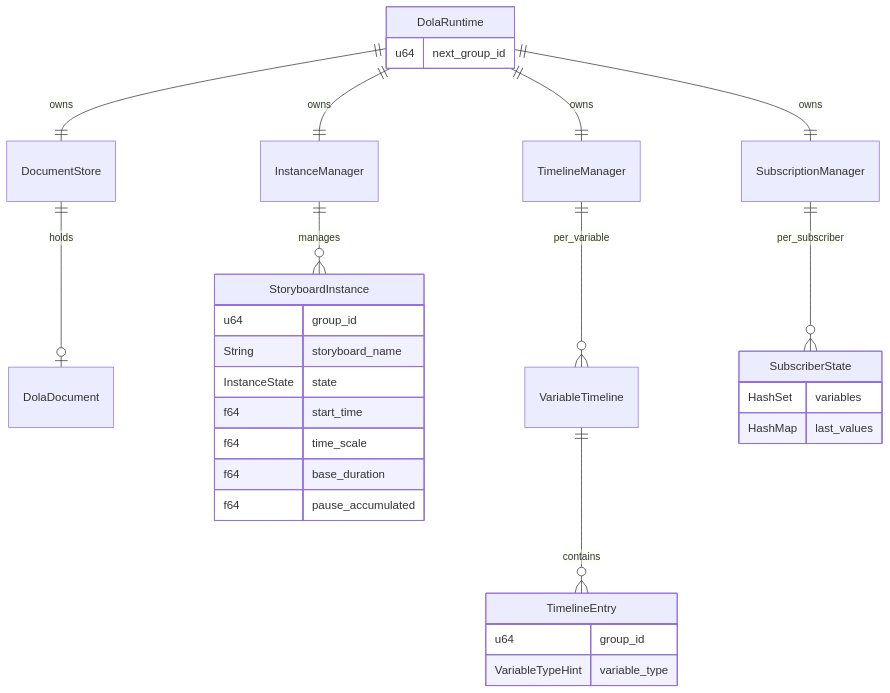
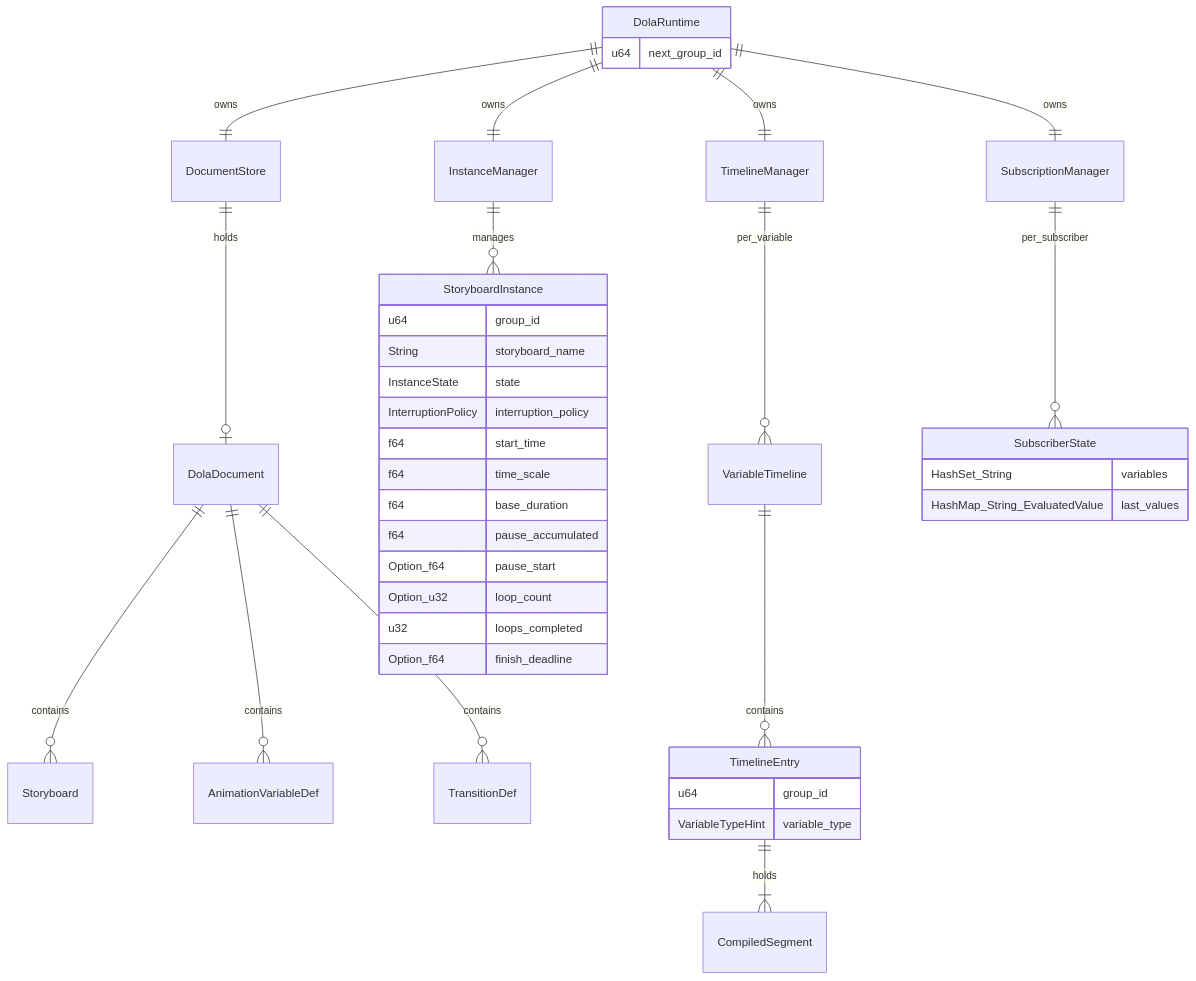
Before and after one commit to ekicyou/areka: the fifth of 5 diagrams in .kiro/specs/dola-runtime-3-facade/design.md, drawn with Mermaid. The commit also changed other lines of this file and 2 other files, not shown here.

First line of the commit message:
docs(specs): dola-runtime-3-facade 設計ドキュメント生成

````diff
--- a/.kiro/specs/dola-runtime-3-facade/design.md
+++ b/.kiro/specs/dola-runtime-3-facade/design.md
@@ -445,36 +677,45 @@
 ```mermaid
 erDiagram
     DolaRuntime ||--|| DocumentStore : owns
     DolaRuntime ||--|| InstanceManager : owns
     DolaRuntime ||--|| TimelineManager : owns
     DolaRuntime ||--|| SubscriptionManager : owns
     DolaRuntime {
         u64 next_group_id
     }
 
     DocumentStore ||--o| DolaDocument : holds
+    DolaDocument ||--o{ Storyboard : contains
+    DolaDocument ||--o{ AnimationVariableDef : contains
+    DolaDocument ||--o{ TransitionDef : contains
 
     InstanceManager ||--o{ StoryboardInstance : manages
     StoryboardInstance {
         u64 group_id
         String storyboard_name
         InstanceState state
+        InterruptionPolicy interruption_policy
         f64 start_time
         f64 time_scale
         f64 base_duration
         f64 pause_accumulated
+        Option_f64 pause_start
+        Option_u32 loop_count
+        u32 loops_completed
+        Option_f64 finish_deadline
     }
 
     TimelineManager ||--o{ VariableTimeline : per_variable
     VariableTimeline ||--o{ TimelineEntry : contains
     TimelineEntry {
         u64 group_id
         VariableTypeHint variable_type
     }
+    TimelineEntry ||--|{ CompiledSegment : holds
 
     SubscriptionManager ||--o{ SubscriberState : per_subscriber
     SubscriberState {
-        HashSet variables
-        HashMap last_values
+        HashSet_String variables
+        HashMap_String_EvaluatedValue last_values
     }
 ```
````
